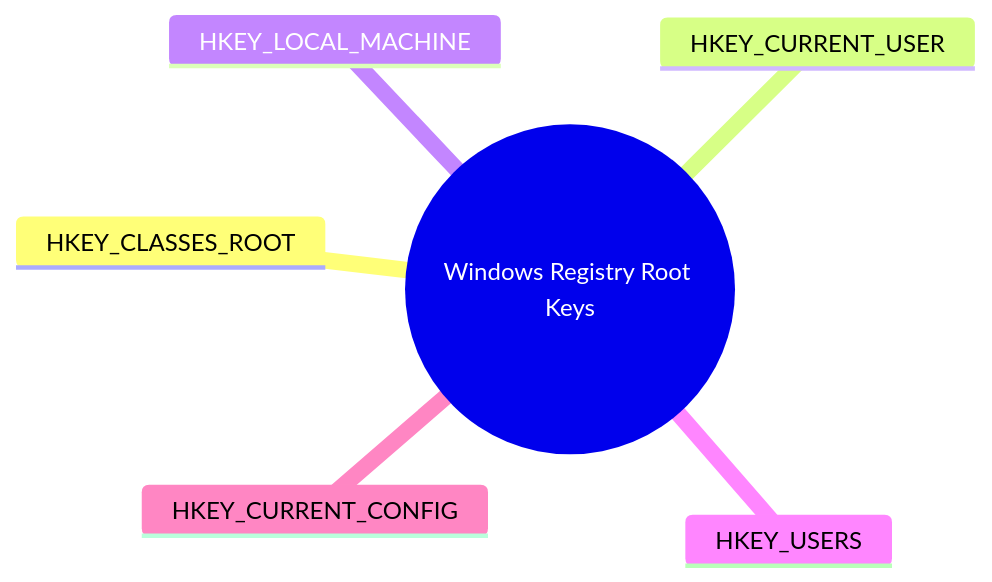
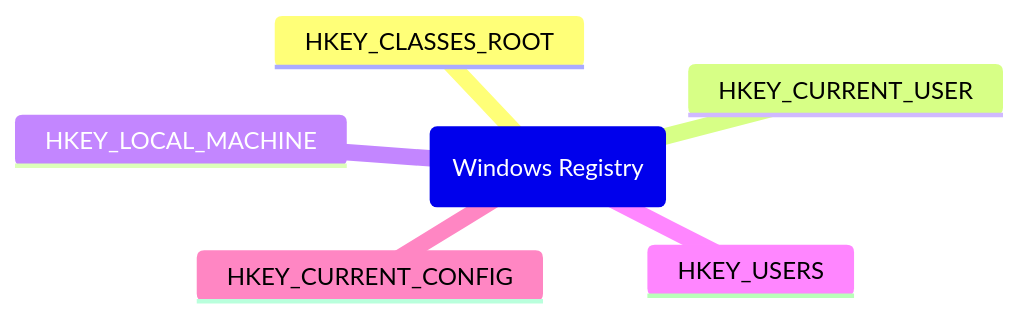
The first of 2 diagrams in Windows/Registry.md (Barszczyk0/Notes), drawn with Mermaid before and after one commit. The commit also changed other lines of this file and 1 other file, not shown here.

Commit message:
Windows Registry and Windows Forensics

````diff
--- a/Windows/Registry.md
+++ b/Windows/Registry.md
@@ -3,9 +3,9 @@
 ```mermaid
 mindmap
-  root((Windows Registry Root Keys))
+  root(Windows Registry)
     HKEY_CLASSES_ROOT
     HKEY_CURRENT_USER
     HKEY_LOCAL_MACHINE
     HKEY_USERS
     HKEY_CURRENT_CONFIG
 ```
````
